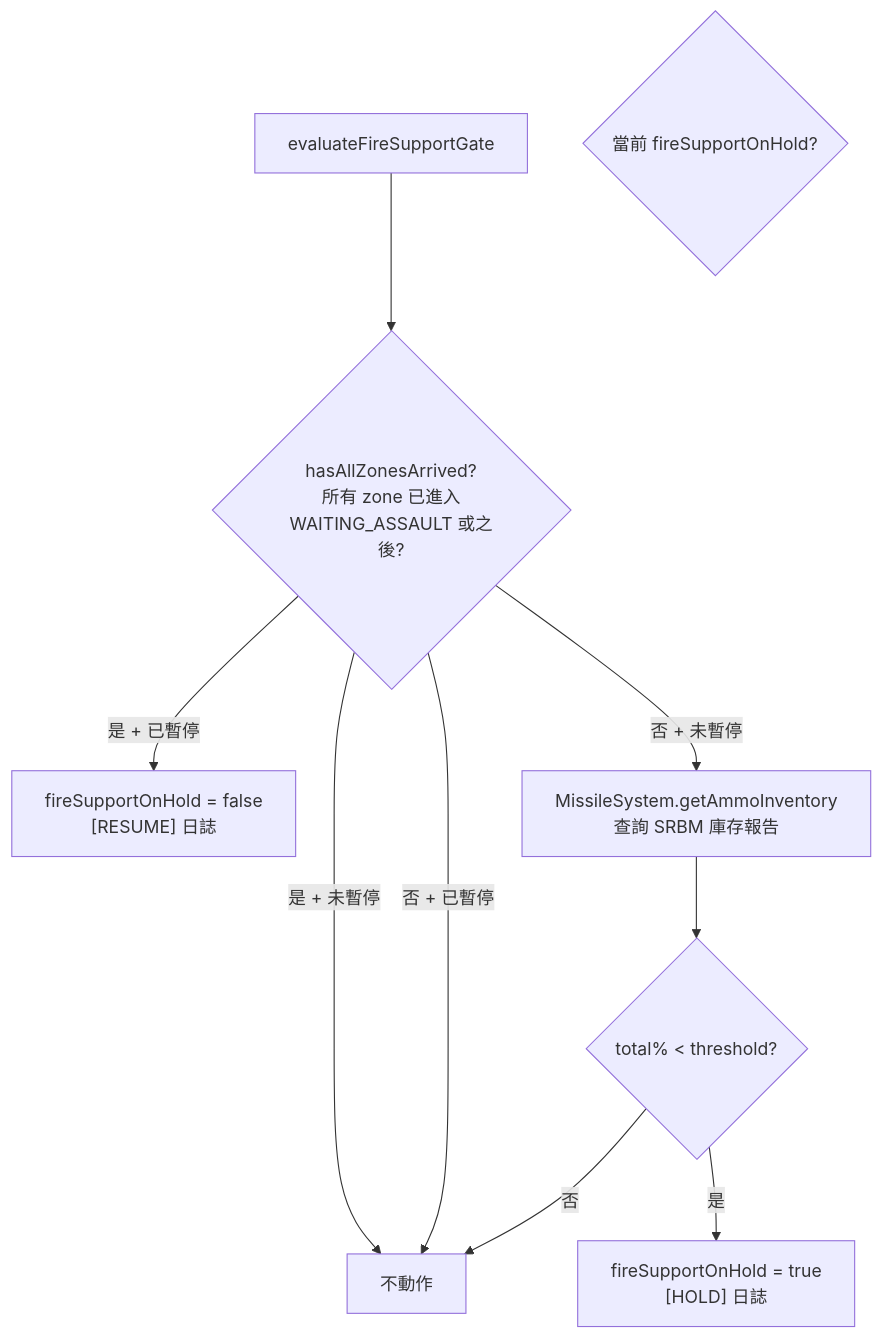
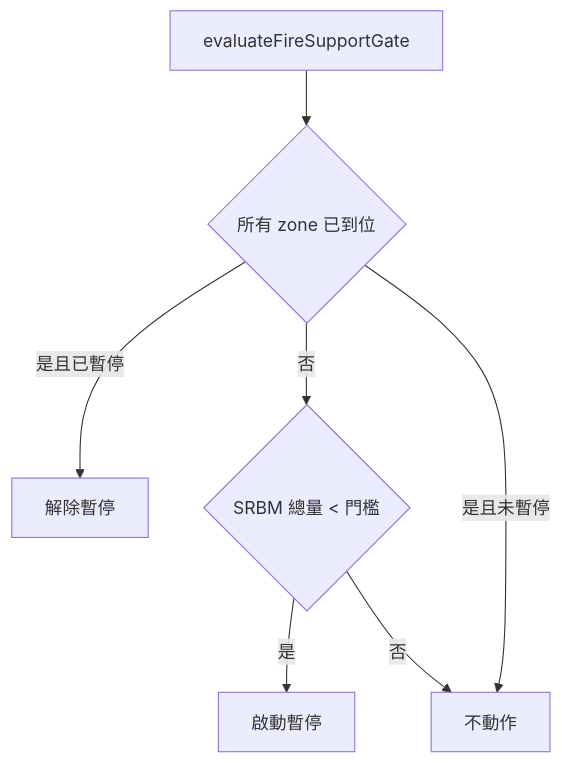
One commit to pullupjumper/formosa-in-flames changed the third of 3 diagrams in docs/landingOps/coordinator.md. Above: the diagram before and after it, drawn with Mermaid. The commit also changed other lines of this file and 20 other files, not shown here.

````diff
--- a/docs/landingOps/coordinator.md
+++ b/docs/landingOps/coordinator.md
@@ -109,21 +95,16 @@
 ```mermaid
 flowchart TD
     START["evaluateFireSupportGate"]
-    ARRIVED{hasAllZonesArrived?<br>所有 zone 已進入<br>WAITING_ASSAULT 或之後?}
-    HOLDFLAG{當前 fireSupportOnHold?}
-
-    RESUME["fireSupportOnHold = false<br>[RESUME] 日誌"]
-    NOOP["不動作"]
-    GET_INV["MissileSystem.getAmmoInventory<br>查詢 SRBM 庫存報告"]
-    BELOW{total% < threshold?}
-    HOLD["fireSupportOnHold = true<br>[HOLD] 日誌"]
+    ARRIVED{"所有 zone 已到位"}
+    RESUME["解除暫停"]
+    SKIP["不動作"]
+    LOW{"SRBM 總量 < 門檻"}
+    HOLD["啟動暫停"]
 
     START --> ARRIVED
-    ARRIVED -->|是 + 已暫停| RESUME
-    ARRIVED -->|是 + 未暫停| NOOP
-    ARRIVED -->|否 + 已暫停| NOOP
-    ARRIVED -->|否 + 未暫停| GET_INV
-    GET_INV --> BELOW
-    BELOW -->|是| HOLD
-    BELOW -->|否| NOOP
+    ARRIVED -->|是且已暫停| RESUME
+    ARRIVED -->|否| LOW
+    ARRIVED -->|是且未暫停| SKIP
+    LOW -->|是| HOLD
+    LOW -->|否| SKIP
 ```
````
